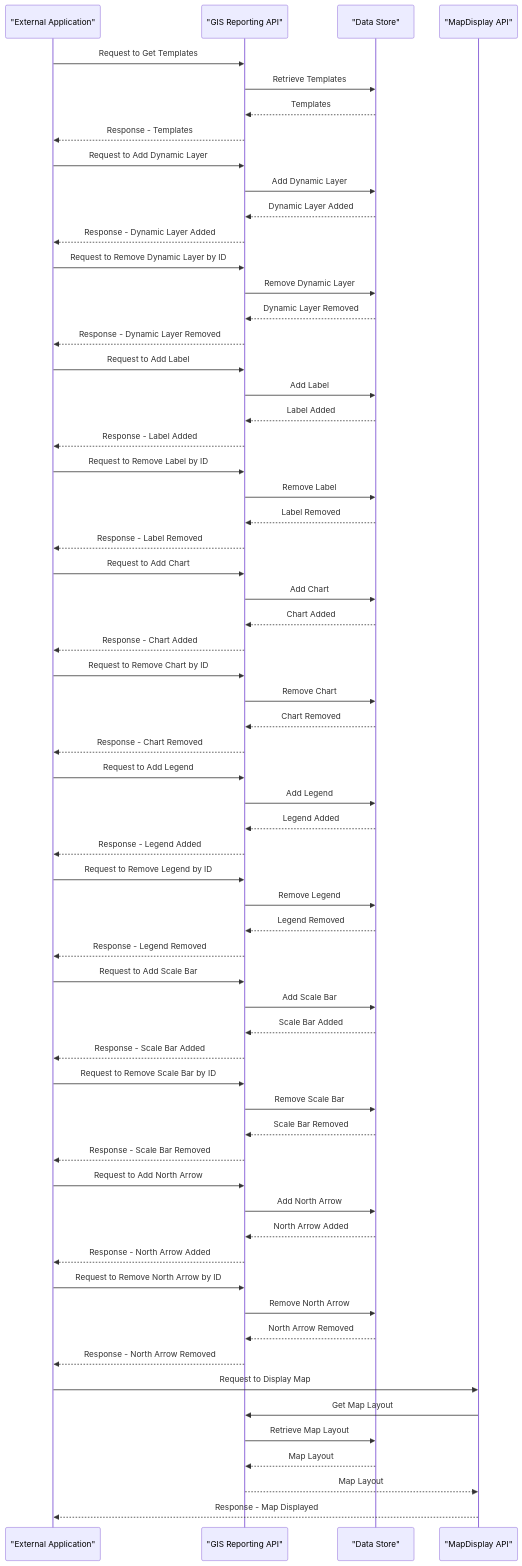
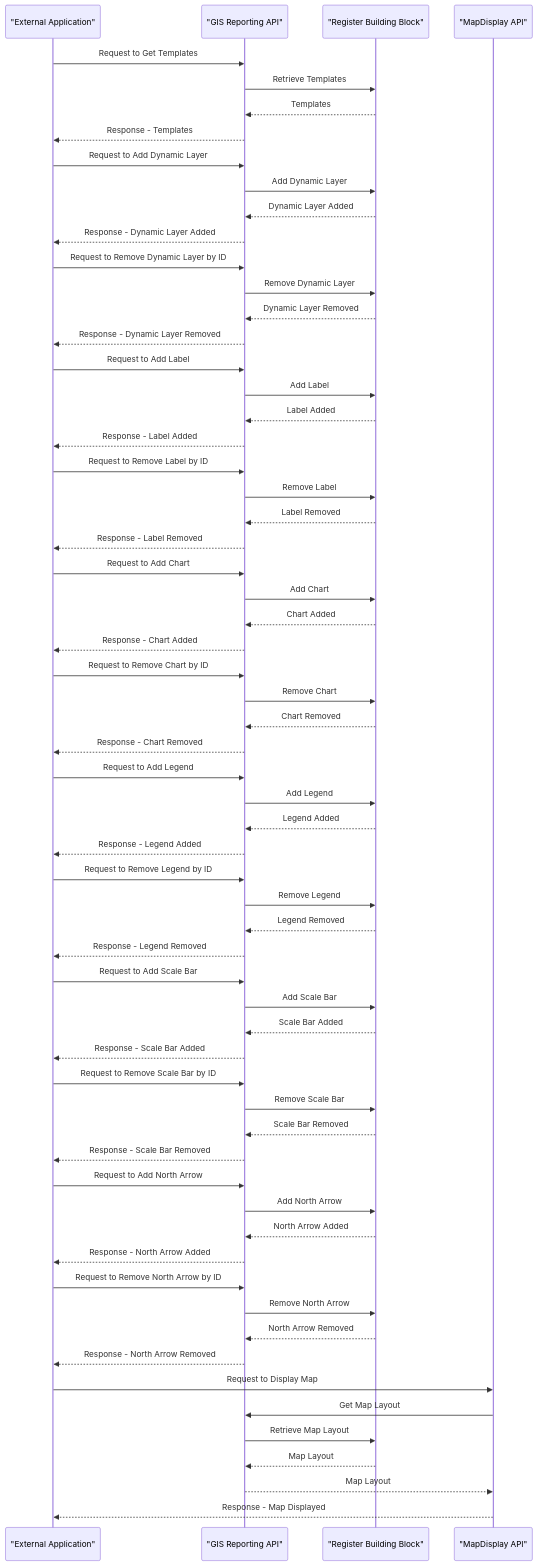
One commit to GovStackWorkingGroup/bb-gis changed diagram 14 of 18 in spec/9-workflows.md. Above: the diagram before and after it, drawn with Mermaid. The commit also changed other lines of this file and 20 other files, not shown here.

````diff
--- a/spec/9-workflows.md
+++ b/spec/9-workflows.md
@@ -512,79 +513,80 @@
 ```mermaid
 sequenceDiagram
   participant ExternalApp as "External Application"
   participant GISReportingAPI as "GIS Reporting API"
-  participant DataStore as "Data Store"
+  participant RegisterBB as "Register Building Block"
   participant MapDisplayAPI as "MapDisplay API"
 
   ExternalApp ->> GISReportingAPI: Request to Get Templates
-  GISReportingAPI ->> DataStore: Retrieve Templates
-  DataStore -->> GISReportingAPI: Templates
+  GISReportingAPI ->> RegisterBB: Retrieve Templates
+  RegisterBB -->> GISReportingAPI: Templates
   GISReportingAPI -->> ExternalApp: Response - Templates
 
   ExternalApp ->> GISReportingAPI: Request to Add Dynamic Layer
-  GISReportingAPI ->> DataStore: Add Dynamic Layer
-  DataStore -->> GISReportingAPI: Dynamic Layer Added
+  GISReportingAPI ->> RegisterBB: Add Dynamic Layer
+  RegisterBB -->> GISReportingAPI: Dynamic Layer Added
   GISReportingAPI -->> ExternalApp: Response - Dynamic Layer Added
 
   ExternalApp ->> GISReportingAPI: Request to Remove Dynamic Layer by ID
-  GISReportingAPI ->> DataStore: Remove Dynamic Layer
-  DataStore -->> GISReportingAPI: Dynamic Layer Removed
+  GISReportingAPI ->> RegisterBB: Remove Dynamic Layer
+  RegisterBB -->> GISReportingAPI: Dynamic Layer Removed
   GISReportingAPI -->> ExternalApp: Response - Dynamic Layer Removed
 
   ExternalApp ->> GISReportingAPI: Request to Add Label
-  GISReportingAPI ->> DataStore: Add Label
-  DataStore -->> GISReportingAPI: Label Added
+  GISReportingAPI ->> RegisterBB: Add Label
+  RegisterBB -->> GISReportingAPI: Label Added
   GISReportingAPI -->> ExternalApp: Response - Label Added
 
   ExternalApp ->> GISReportingAPI: Request to Remove Label by ID
-  GISReportingAPI ->> DataStore: Remove Label
-  DataStore -->> GISReportingAPI: Label Removed
+  GISReportingAPI ->> RegisterBB: Remove Label
+  RegisterBB -->> GISReportingAPI: Label Removed
   GISReportingAPI -->> ExternalApp: Response - Label Removed
 
   ExternalApp ->> GISReportingAPI: Request to Add Chart
-  GISReportingAPI ->> DataStore: Add Chart
-  DataStore -->> GISReportingAPI: Chart Added
+  GISReportingAPI ->> RegisterBB: Add Chart
+  RegisterBB -->> GISReportingAPI: Chart Added
   GISReportingAPI -->> ExternalApp: Response - Chart Added
 
   ExternalApp ->> GISReportingAPI: Request to Remove Chart by ID
-  GISReportingAPI ->> DataStore: Remove Chart
-  DataStore -->> GISReportingAPI: Chart Removed
+  GISReportingAPI ->> RegisterBB: Remove Chart
+  RegisterBB -->> GISReportingAPI: Chart Removed
   GISReportingAPI -->> ExternalApp: Response - Chart Removed
 
   ExternalApp ->> GISReportingAPI: Request to Add Legend
-  GISReportingAPI ->> DataStore: Add Legend
-  DataStore -->> GISReportingAPI: Legend Added
+  GISReportingAPI ->> RegisterBB: Add Legend
+  RegisterBB -->> GISReportingAPI: Legend Added
   GISReportingAPI -->> ExternalApp: Response - Legend Added
 
   ExternalApp ->> GISReportingAPI: Request to Remove Legend by ID
-  GISReportingAPI ->> DataStore: Remove Legend
-  DataStore -->> GISReportingAPI: Legend Removed
+  GISReportingAPI ->> RegisterBB: Remove Legend
+  RegisterBB -->> GISReportingAPI: Legend Removed
   GISReportingAPI -->> ExternalApp: Response - Legend Removed
 
   ExternalApp ->> GISReportingAPI: Request to Add Scale Bar
-  GISReportingAPI ->> DataStore: Add Scale Bar
-  DataStore -->> GISReportingAPI: Scale Bar Added
+  GISReportingAPI ->> RegisterBB: Add Scale Bar
+  RegisterBB -->> GISReportingAPI: Scale Bar Added
   GISReportingAPI -->> ExternalApp: Response - Scale Bar Added
 
   ExternalApp ->> GISReportingAPI: Request to Remove Scale Bar by ID
-  GISReportingAPI ->> DataStore: Remove Scale Bar
-  DataStore -->> GISReportingAPI: Scale Bar Removed
+  GISReportingAPI ->> RegisterBB: Remove Scale Bar
+  RegisterBB -->> GISReportingAPI: Scale Bar Removed
   GISReportingAPI -->> ExternalApp: Response - Scale Bar Removed
 
   ExternalApp ->> GISReportingAPI: Request to Add North Arrow
-  GISReportingAPI ->> DataStore: Add North Arrow
-  DataStore -->> GISReportingAPI: North Arrow Added
+  GISReportingAPI ->> RegisterBB: Add North Arrow
+  RegisterBB -->> GISReportingAPI: North Arrow Added
   GISReportingAPI -->> ExternalApp: Response - North Arrow Added
 
   ExternalApp ->> GISReportingAPI: Request to Remove North Arrow by ID
-  GISReportingAPI ->> DataStore: Remove North Arrow
-  DataStore -->> GISReportingAPI: North Arrow Removed
+  GISReportingAPI ->> RegisterBB: Remove North Arrow
+  RegisterBB -->> GISReportingAPI: North Arrow Removed
   GISReportingAPI -->> ExternalApp: Response - North Arrow Removed
 
   ExternalApp ->> MapDisplayAPI: Request to Display Map
   MapDisplayAPI ->> GISReportingAPI: Get Map Layout
-  GISReportingAPI ->> DataStore: Retrieve Map Layout
-  DataStore -->> GISReportingAPI: Map Layout
+  GISReportingAPI ->> RegisterBB: Retrieve Map Layout
+  RegisterBB -->> GISReportingAPI: Map Layout
   GISReportingAPI -->> MapDisplayAPI: Map Layout
   MapDisplayAPI -->> ExternalApp: Response - Map Displayed
+
 ```
````
